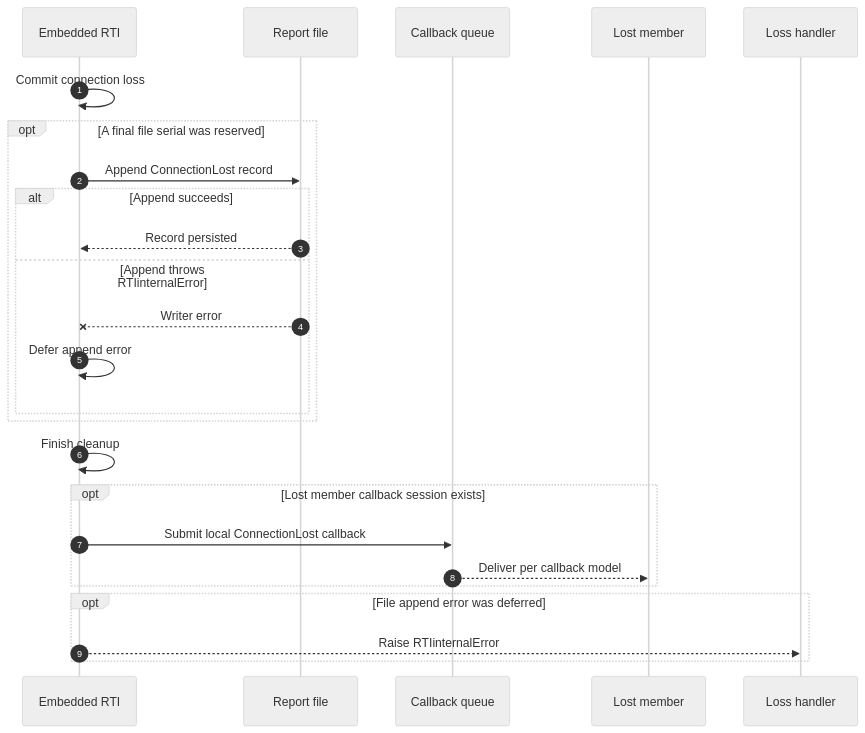
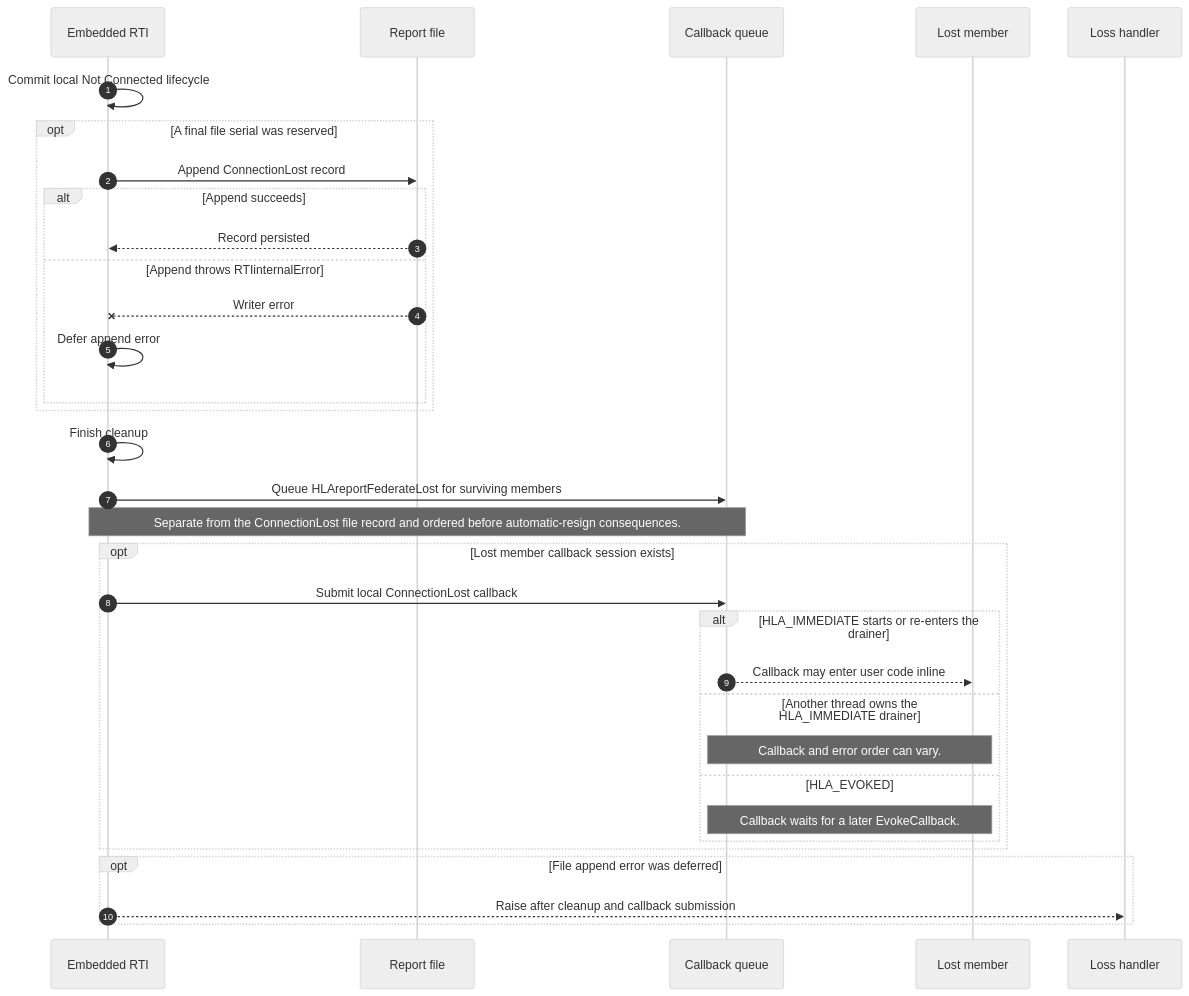
Diagram 17 of 17 in docs/design/HLA-2025-SERVICE-INVOCATION-REPORTING-FLOW-GUIDE.md (sheepfling/umbra), drawn with Mermaid (neutral theme) before and after one commit. The commit also changed other lines of this file and 21 other files, not shown here.

Commit message:
docs: publish 2025 HLA flow guide update

````diff
--- a/docs/design/HLA-2025-SERVICE-INVOCATION-REPORTING-FLOW-GUIDE.md
+++ b/docs/design/HLA-2025-SERVICE-INVOCATION-REPORTING-FLOW-GUIDE.md
@@ -751,28 +1223,36 @@
 ```mermaid
 sequenceDiagram
   autonumber
   participant RTI as Embedded RTI
   participant File as Report file
   participant Queue as Callback queue
   participant Member as Lost member
   participant Loss as Loss handler
 
-  RTI->>RTI: Commit connection loss
+  RTI->>RTI: Commit local Not Connected lifecycle
   opt A final file serial was reserved
     RTI->>File: Append ConnectionLost record
     alt Append succeeds
       File-->>RTI: Record persisted
     else Append throws RTIinternalError
       File--xRTI: Writer error
       RTI->>RTI: Defer append error
     end
   end
   RTI->>RTI: Finish cleanup
+  RTI->>Queue: Queue HLAreportFederateLost for surviving members
+  Note over RTI,Queue: Separate from the ConnectionLost file record and ordered before automatic-resign consequences.
   opt Lost member callback session exists
     RTI->>Queue: Submit local ConnectionLost callback
-    Queue-->>Member: Deliver per callback model
+    alt HLA_IMMEDIATE starts or re-enters the drainer
+      Queue-->>Member: Callback may enter user code inline
+    else Another thread owns the HLA_IMMEDIATE drainer
+      Note over Queue,Member: Callback and error order can vary.
+    else HLA_EVOKED
+      Note over Queue,Member: Callback waits for a later EvokeCallback.
+    end
   end
   opt File append error was deferred
-    RTI-->>Loss: Raise RTIinternalError
+    RTI-->>Loss: Raise after cleanup and callback submission
   end
 ```
````
